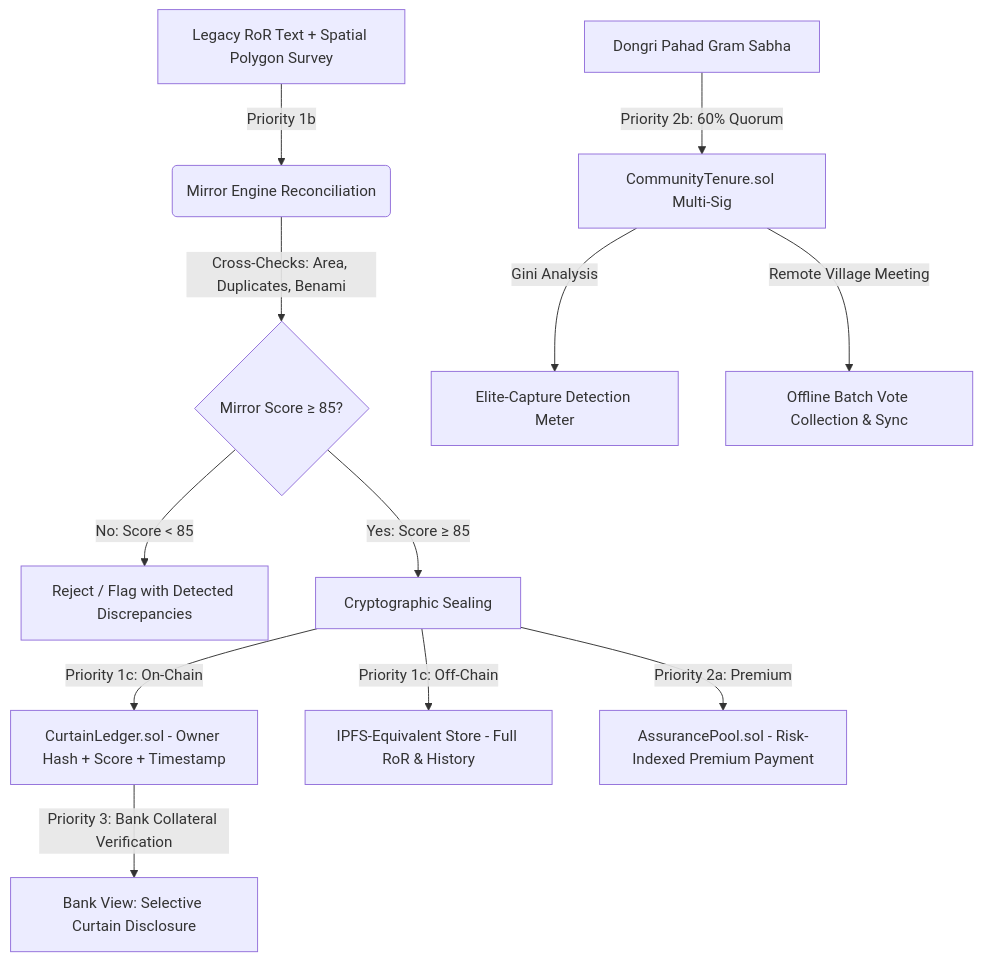
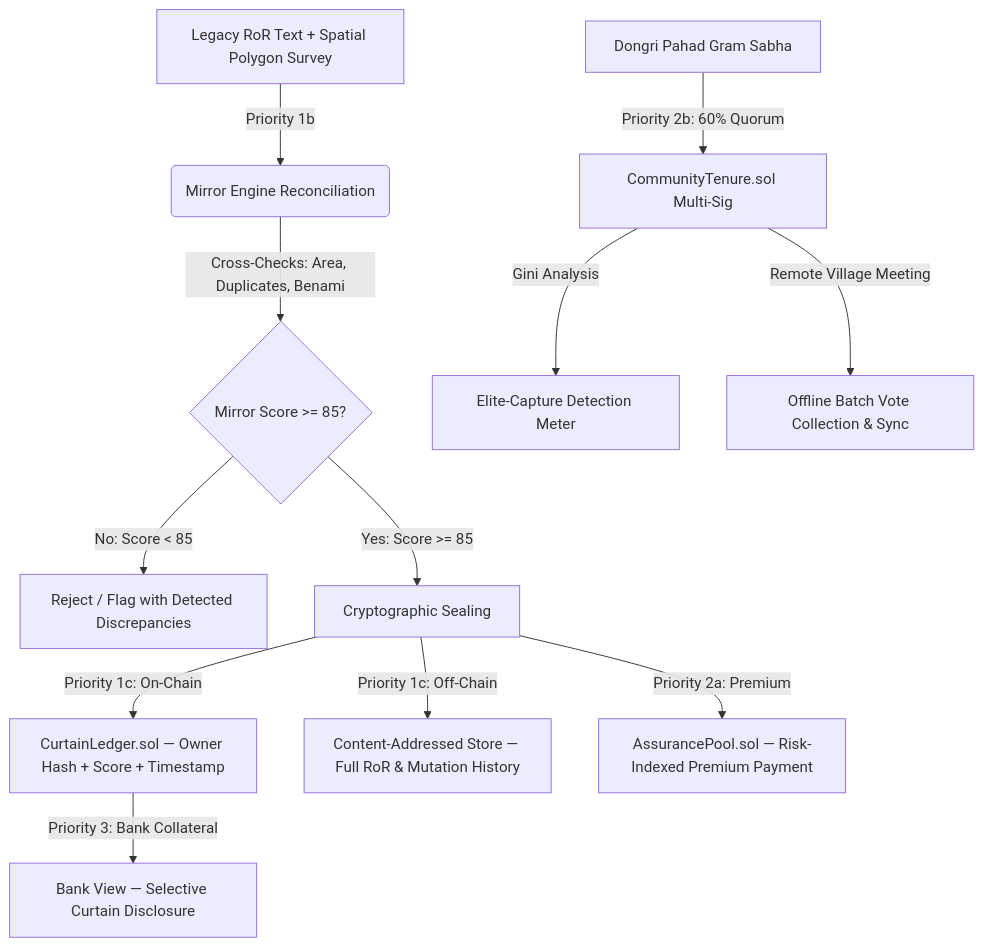
One commit to SaifullahSayyed/bhoomi-setu-sih2026 changed the diagram in README.md. Above: the diagram before and after it, drawn with Mermaid. The commit also changed other lines of this file, not shown here.

Commit message:
docs: overhaul README — correct test counts, add geodetic area note, full repo structure, QA audit table, tech stack table, updated quick start

````diff
--- a/README.md
+++ b/README.md
@@ -55,17 +53,17 @@
 ```mermaid
 graph TD
     A[Legacy RoR Text + Spatial Polygon Survey] -->|Priority 1b| B(Mirror Engine Reconciliation)
-    B -->|Cross-Checks: Area, Duplicates, Benami| C{Mirror Score ≥ 85?}
+    B -->|Cross-Checks: Area, Duplicates, Benami| C{Mirror Score >= 85?}
     C -->|No: Score < 85| D[Reject / Flag with Detected Discrepancies]
-    C -->|Yes: Score ≥ 85| E[Cryptographic Sealing]
-    
-    E -->|Priority 1c: On-Chain| F[CurtainLedger.sol - Owner Hash + Score + Timestamp]
-    E -->|Priority 1c: Off-Chain| G[IPFS-Equivalent Store - Full RoR & History]
-    E -->|Priority 2a: Premium| H[AssurancePool.sol - Risk-Indexed Premium Payment]
-    
+    C -->|Yes: Score >= 85| E[Cryptographic Sealing]
+
+    E -->|Priority 1c: On-Chain| F[CurtainLedger.sol — Owner Hash + Score + Timestamp]
+    E -->|Priority 1c: Off-Chain| G[Content-Addressed Store — Full RoR & Mutation History]
+    E -->|Priority 2a: Premium| H[AssurancePool.sol — Risk-Indexed Premium Payment]
+
     I[Dongri Pahad Gram Sabha] -->|Priority 2b: 60% Quorum| J[CommunityTenure.sol Multi-Sig]
     J -->|Gini Analysis| K[Elite-Capture Detection Meter]
     J -->|Remote Village Meeting| L[Offline Batch Vote Collection & Sync]
-    
-    F -->|Priority 3: Bank Collateral Verification| M[Bank View: Selective Curtain Disclosure]
+
+    F -->|Priority 3: Bank Collateral| M[Bank View — Selective Curtain Disclosure]
 ```
````
